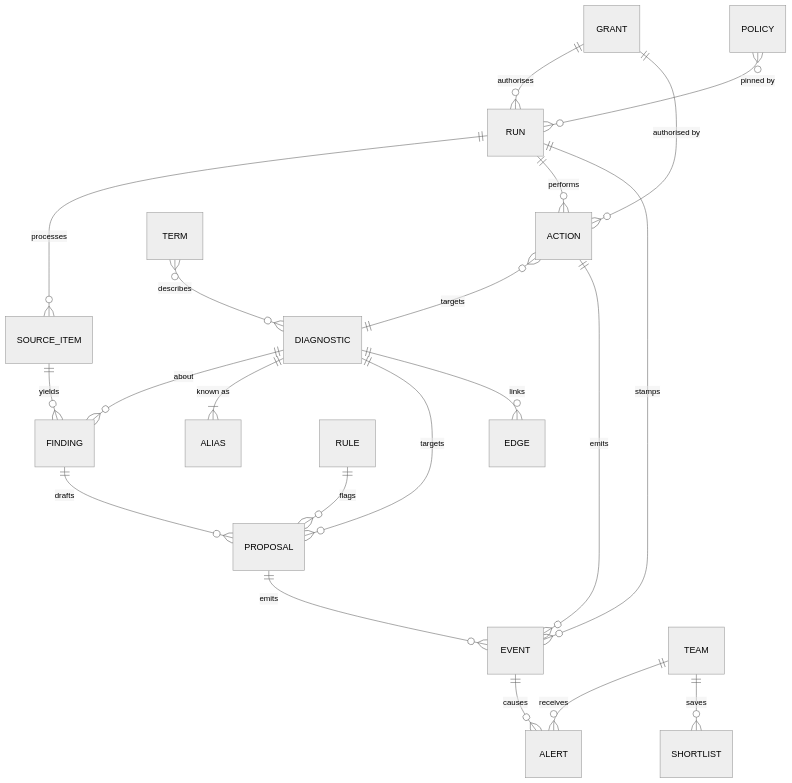
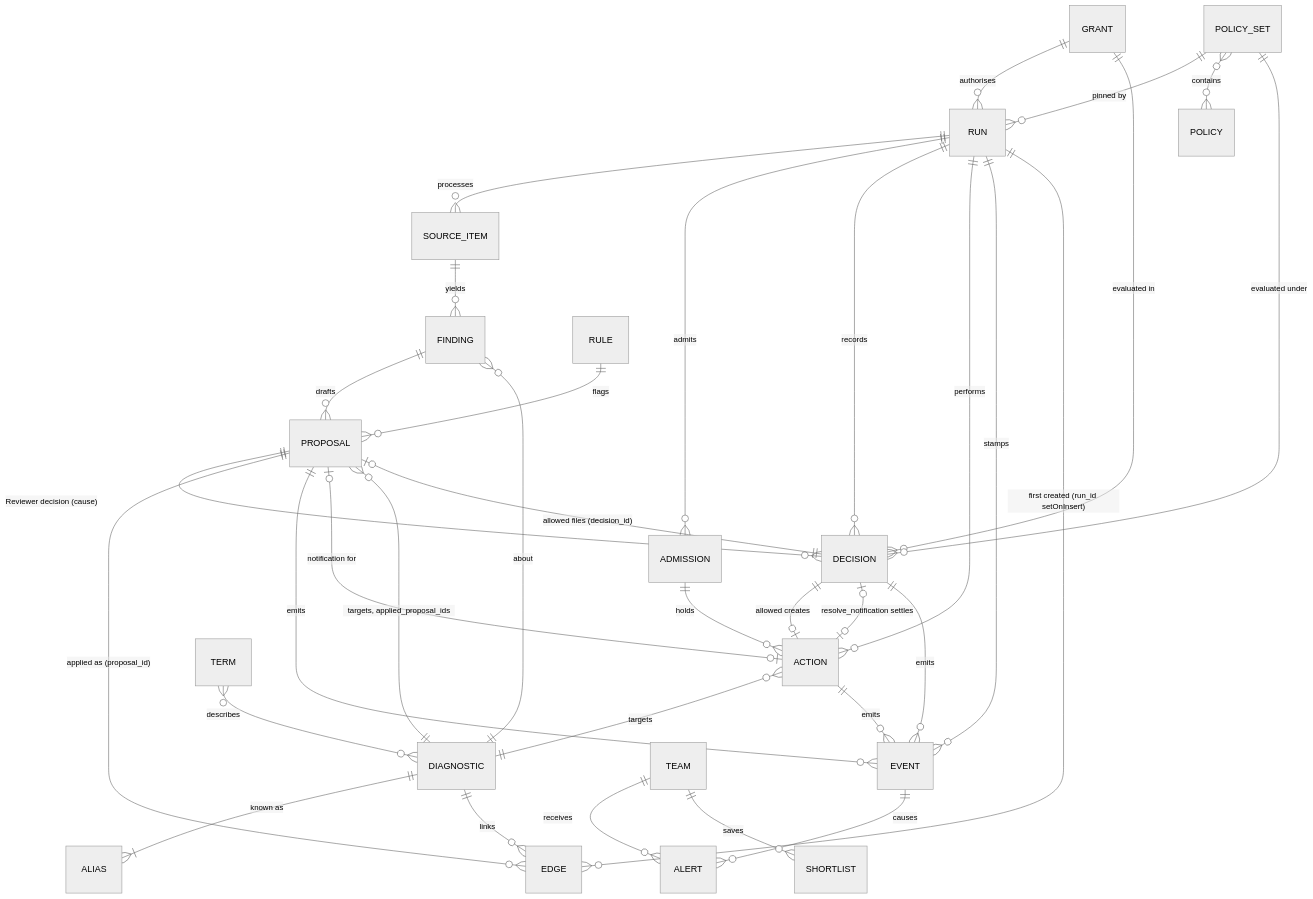
Before and after one commit to lutic1/agents-in-context-toronto: the fifth of 5 diagrams in _bmad-output/planning-artifacts/architecture/architecture-agents-in-context-toronto-2026-11-13/ARCHITECTURE-SPINE.md, drawn with Mermaid (neutral theme). The commit also changed other lines of this file and 47 other files, not shown here.

````diff
--- a/_bmad-output/planning-artifacts/architecture/architecture-agents-in-context-toronto-2026-11-13/ARCHITECTURE-SPINE.md
+++ b/_bmad-output/planning-artifacts/architecture/architecture-agents-in-context-toronto-2026-11-13/ARCHITECTURE-SPINE.md
@@ -630,23 +745,36 @@
 ```mermaid
 erDiagram
   RUN ||--o{ SOURCE_ITEM : processes
   GRANT ||--o{ RUN : authorises
-  POLICY }o--o{ RUN : "pinned by"
+  POLICY_SET ||--o{ RUN : "pinned by"
+  POLICY_SET }o--o{ POLICY : contains
+  RUN ||--o{ ADMISSION : admits
+  RUN ||--o{ DECISION : records
+  GRANT ||--o{ DECISION : "evaluated in"
+  POLICY_SET ||--o{ DECISION : "evaluated under"
+  DECISION ||--o| ACTION : "allowed creates"
+  ADMISSION ||--o{ ACTION : holds
+  PROPOSAL ||--o{ DECISION : "Reviewer decision (cause)"
+  DECISION ||--o| PROPOSAL : "allowed files (decision_id)"
+  ACTION |o--o| PROPOSAL : "notification for"
+  DECISION |o--o| ACTION : "resolve_notification settles"
+  PROPOSAL ||--o{ EDGE : "applied as (proposal_id)"
   RUN ||--o{ ACTION : performs
-  GRANT ||--o{ ACTION : "authorised by"
   ACTION }o--|| DIAGNOSTIC : targets
+  DECISION ||--o{ EVENT : emits
   ACTION ||--o{ EVENT : emits
   RUN ||--o{ EVENT : stamps
+  RUN ||--o{ EDGE : "first created (run_id setOnInsert)"
   SOURCE_ITEM ||--o{ FINDING : yields
   DIAGNOSTIC ||--o{ FINDING : about
   DIAGNOSTIC ||--|{ ALIAS : "known as"
   FINDING ||--o{ PROPOSAL : drafts
-  DIAGNOSTIC ||--o{ PROPOSAL : targets
+  DIAGNOSTIC ||--o{ PROPOSAL : "targets, applied_proposal_ids"
   RULE ||--o{ PROPOSAL : flags
   PROPOSAL ||--o{ EVENT : emits
   DIAGNOSTIC ||--o{ EDGE : links
   EVENT ||--o{ ALERT : causes
   TEAM ||--o{ ALERT : receives
   TEAM ||--o{ SHORTLIST : saves
   TERM }o--o{ DIAGNOSTIC : describes
 ```
````
